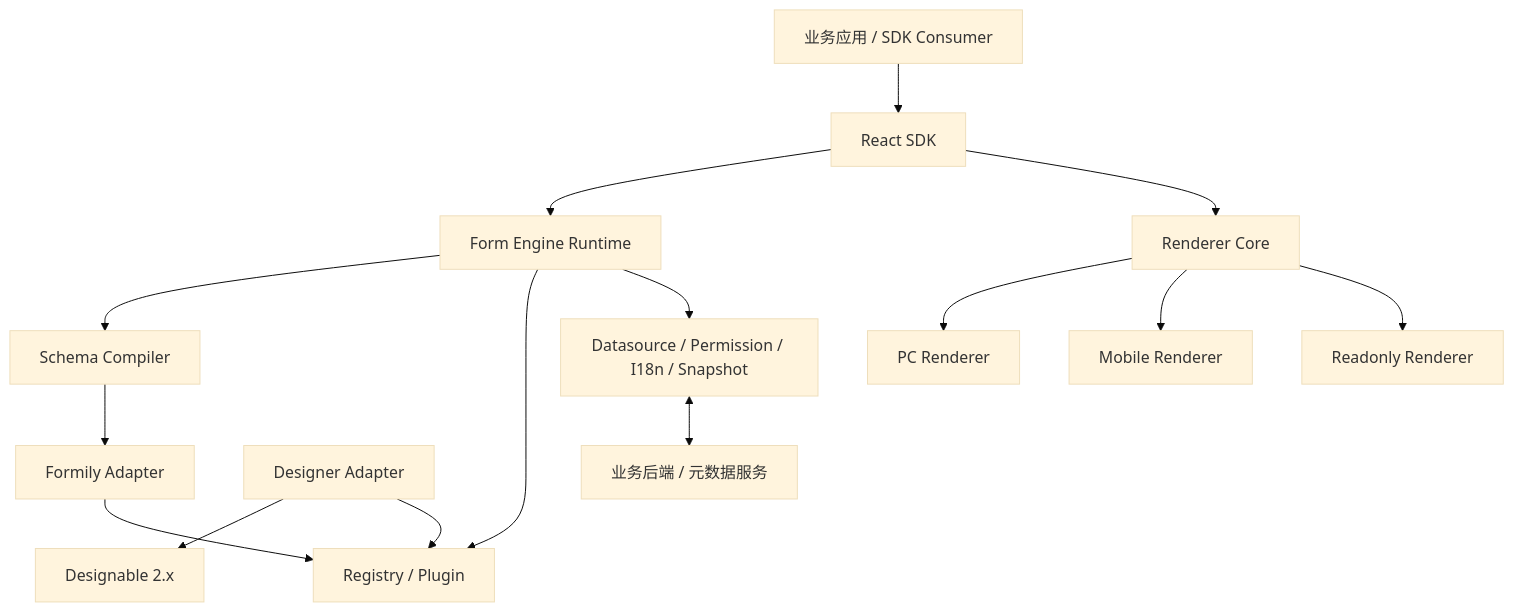
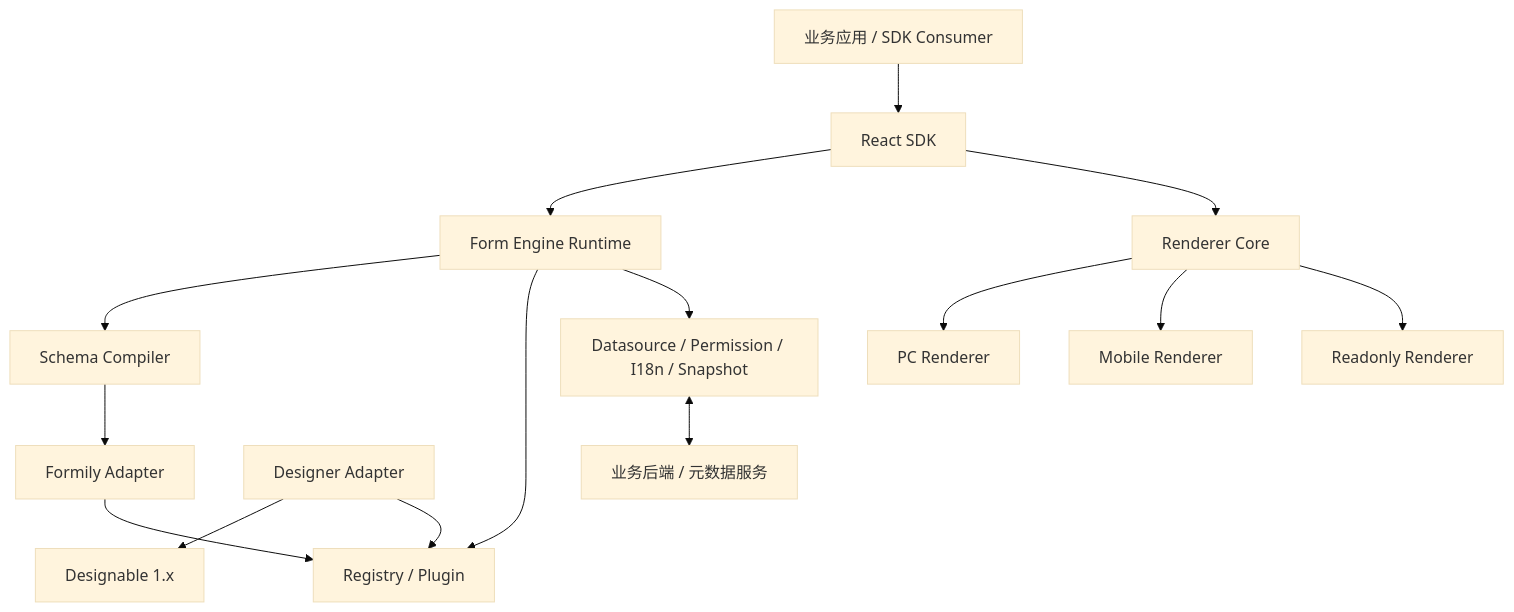
One commit to foxi-ui/x-form-engine changed the first of 2 diagrams in docs/tech-design/form-engine-architecture-design.md. Above: the diagram before and after it, drawn with Mermaid (base theme). The commit also changed other lines of this file and 32 other files, not shown here.

````diff
--- a/docs/tech-design/form-engine-architecture-design.md
+++ b/docs/tech-design/form-engine-architecture-design.md
@@ -38,32 +38,32 @@
 ```mermaid
 flowchart TB
   App[业务应用 / SDK Consumer]
   SDK[React SDK]
   Runtime[Form Engine Runtime]
   Compiler[Schema Compiler]
   Registry[Registry / Plugin]
   Formily[Formily Adapter]
   Renderer[Renderer Core]
   PC[PC Renderer]
   Mobile[Mobile Renderer]
   Readonly[Readonly Renderer]
   Designer[Designer Adapter]
-  Designable[Designable 2.x]
+  Designable[Designable 1.x]
   Services[Datasource / Permission / I18n / Snapshot]
   Backend[业务后端 / 元数据服务]
 
   App --> SDK
   SDK --> Runtime
   Runtime --> Compiler
   Runtime --> Registry
   Runtime --> Services
   Compiler --> Formily
   SDK --> Renderer
   Renderer --> PC
   Renderer --> Mobile
   Renderer --> Readonly
   Designer --> Designable
   Designer --> Registry
   Services <--> Backend
   Formily --> Registry
 ```
````
